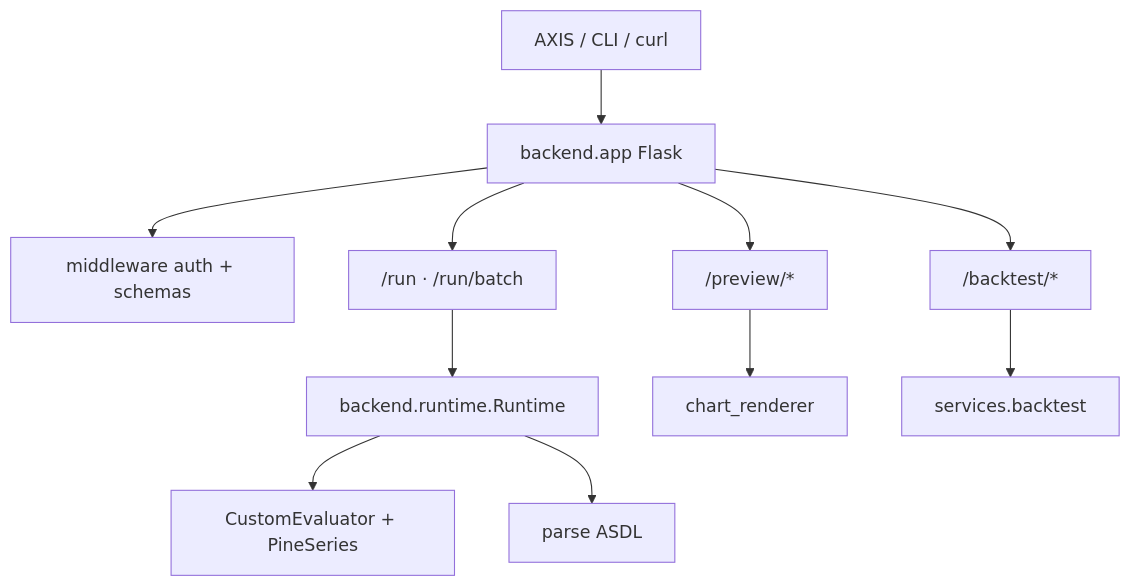
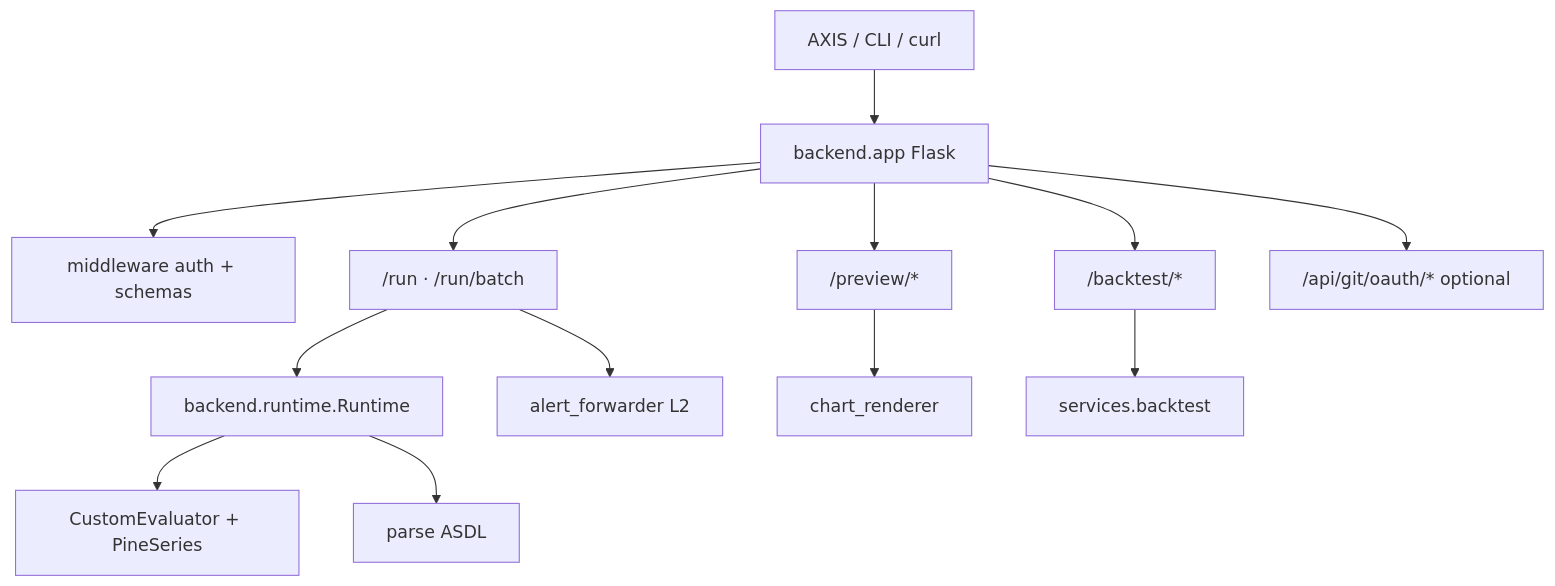
The diagram in docs/pyne/api/index.mdx (hoox-sh/pyne), drawn with Mermaid before and after one commit. The commit also changed other lines of this file and 33 other files, not shown here.

````diff
--- a/docs/pyne/api/index.mdx
+++ b/docs/pyne/api/index.mdx
@@ -45,13 +46,15 @@
 ```mermaid
 flowchart TB
   CLIENT[AXIS / CLI / curl] --> FLASK[backend.app Flask]
   FLASK --> AUTH[middleware auth + schemas]
   FLASK --> RUN["/run · /run/batch"]
   FLASK --> PREV["/preview/*"]
   FLASK --> BT["/backtest/*"]
+  FLASK --> GIT["/api/git/oauth/* optional"]
   RUN --> RT[backend.runtime.Runtime]
+  RUN --> WH[alert_forwarder L2]
   PREV --> CHART[chart_renderer]
   BT --> BACK[services.backtest]
   RT --> EVAL[CustomEvaluator + PineSeries]
   RT --> AST[parse ASDL]
 ```
````
